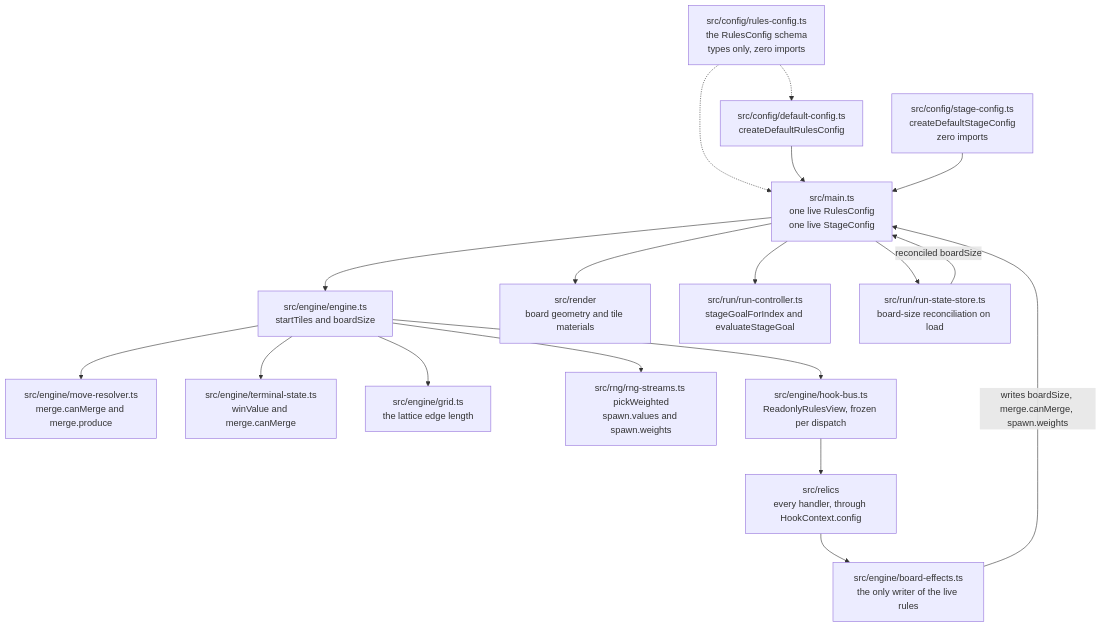
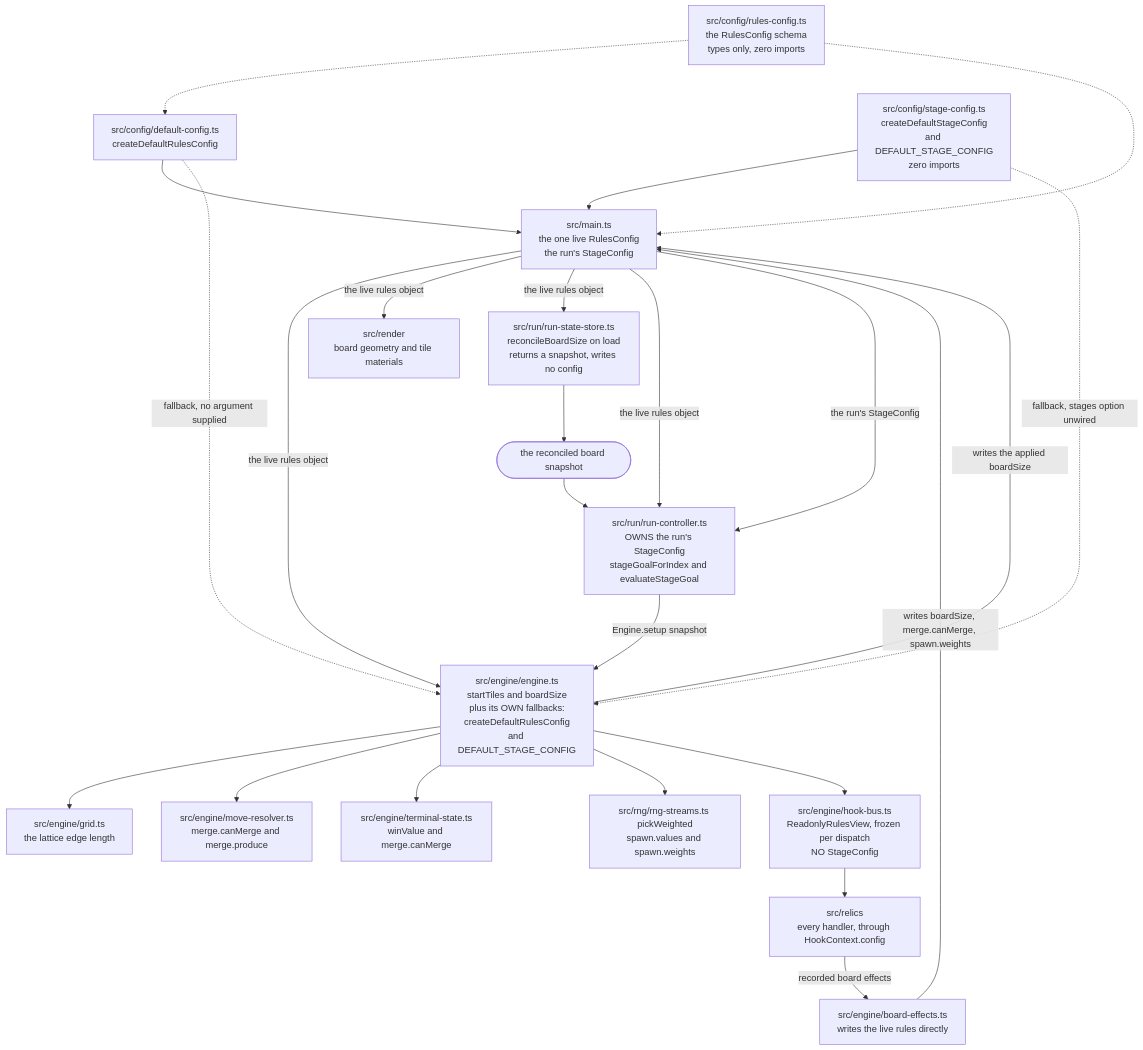
Before and after one commit to blitzy-public-samples/2048: the diagram in docs/CONFIGURATION.md, drawn with Mermaid. The commit also changed other lines of this file and 217 other files, not shown here.

````diff
--- a/docs/CONFIGURATION.md
+++ b/docs/CONFIGURATION.md
@@ -49,36 +110,43 @@
 ```mermaid
 graph TD
     SCHEMA["src/config/rules-config.ts<br/>the RulesConfig schema<br/>types only, zero imports"]
     DEF["src/config/default-config.ts<br/>createDefaultRulesConfig"]
-    STG["src/config/stage-config.ts<br/>createDefaultStageConfig<br/>zero imports"]
-    ROOT["src/main.ts<br/>one live RulesConfig<br/>one live StageConfig"]
-    ENG["src/engine/engine.ts<br/>startTiles and boardSize"]
+    STG["src/config/stage-config.ts<br/>createDefaultStageConfig<br/>and DEFAULT_STAGE_CONFIG<br/>zero imports"]
+    ROOT["src/main.ts<br/>the one live RulesConfig<br/>the run's StageConfig"]
+    ENG["src/engine/engine.ts<br/>startTiles and boardSize<br/>plus its OWN fallbacks:<br/>createDefaultRulesConfig<br/>and DEFAULT_STAGE_CONFIG"]
     MR["src/engine/move-resolver.ts<br/>merge.canMerge and merge.produce"]
     TERM["src/engine/terminal-state.ts<br/>winValue and merge.canMerge"]
     GRID["src/engine/grid.ts<br/>the lattice edge length"]
     SPAWN["src/rng/rng-streams.ts pickWeighted<br/>spawn.values and spawn.weights"]
-    BUS["src/engine/hook-bus.ts<br/>ReadonlyRulesView, frozen per dispatch"]
+    BUS["src/engine/hook-bus.ts<br/>ReadonlyRulesView, frozen per dispatch<br/>NO StageConfig"]
     REL["src/relics<br/>every handler, through HookContext.config"]
-    FX["src/engine/board-effects.ts<br/>the only writer of the live rules"]
+    FX["src/engine/board-effects.ts<br/>writes the live rules directly"]
     REND["src/render<br/>board geometry and tile materials"]
-    RUNC["src/run/run-controller.ts<br/>stageGoalForIndex and evaluateStageGoal"]
-    STORE["src/run/run-state-store.ts<br/>board-size reconciliation on load"]
+    RUNC["src/run/run-controller.ts<br/>OWNS the run's StageConfig<br/>stageGoalForIndex and evaluateStageGoal"]
+    STORE["src/run/run-state-store.ts<br/>reconcileBoardSize on load<br/>returns a snapshot, writes no config"]
+    SNAP(["the reconciled board snapshot"])
 
     SCHEMA -.-> DEF
     SCHEMA -.-> ROOT
     DEF --> ROOT
+    DEF -.->|fallback, no argument supplied| ENG
     STG --> ROOT
-    ROOT --> ENG
-    ROOT --> REND
-    ROOT --> STORE
-    ROOT --> RUNC
+    STG -.->|fallback, stages option unwired| ENG
+    ROOT -->|the live rules object| ENG
+    ROOT -->|the live rules object| REND
+    ROOT -->|the live rules object| STORE
+    ROOT -->|the live rules object| RUNC
+    ROOT -->|the run's StageConfig| RUNC
     ENG --> GRID
     ENG --> MR
     ENG --> TERM
     ENG --> SPAWN
     ENG --> BUS
     BUS --> REL
-    REL --> FX
+    REL -->|recorded board effects| FX
     FX -->|writes boardSize, merge.canMerge, spawn.weights| ROOT
-    STORE -->|reconciled boardSize| ROOT
+    STORE --> SNAP
+    SNAP --> RUNC
+    RUNC -->|Engine.setup snapshot| ENG
+    ENG -->|writes the applied boardSize| ROOT
 ```
````
